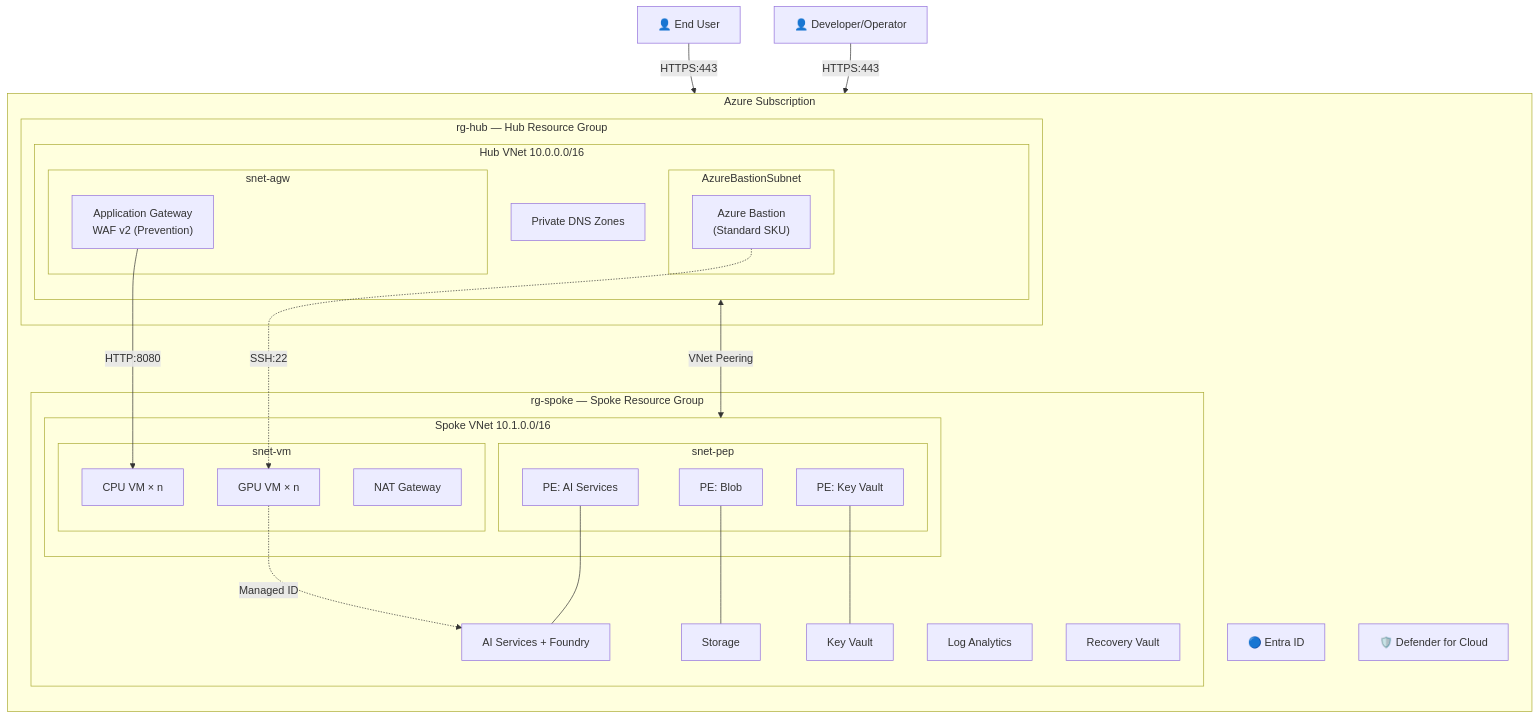
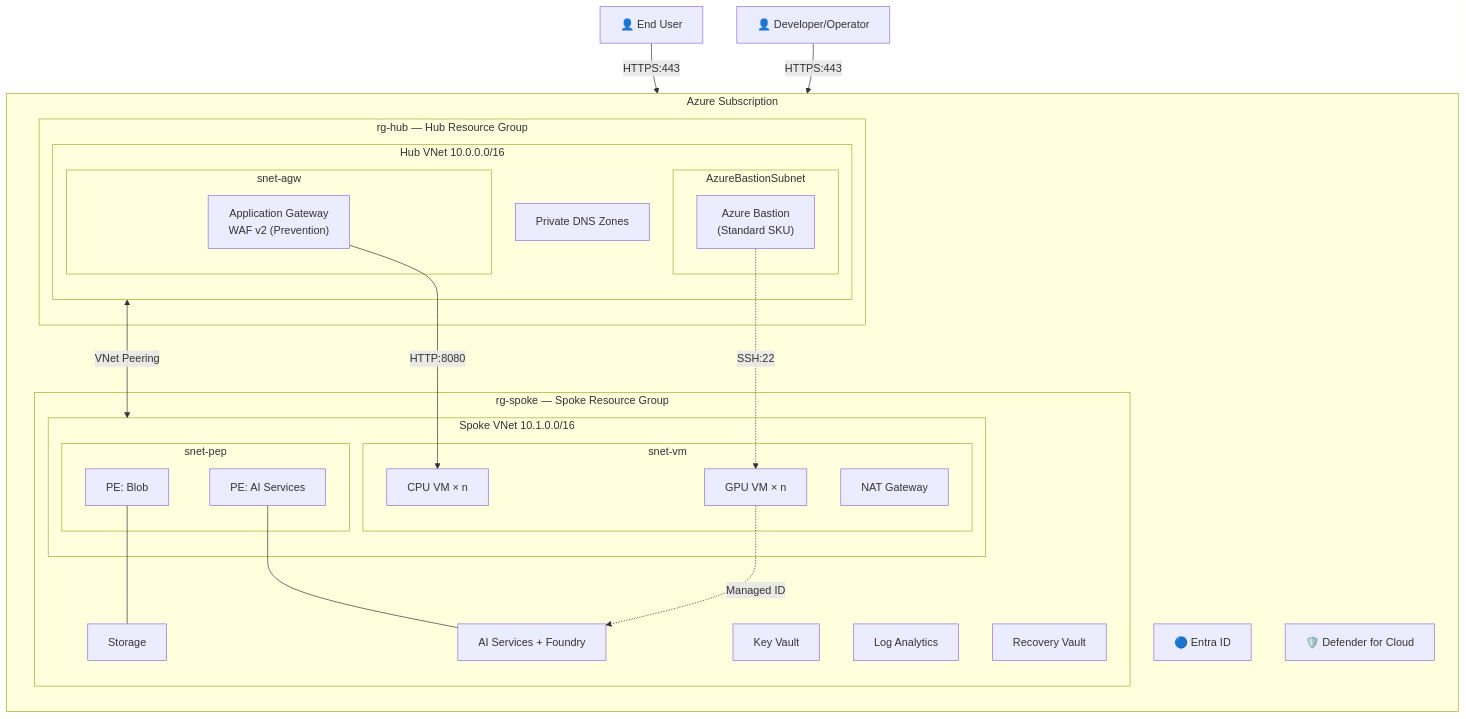
One commit to naoki1213mj/azure-simple-poc-bicep changed the diagram in README.en.md. Above: the diagram before and after it, drawn with Mermaid. The commit also changed other lines of this file and 16 other files, not shown here.

````diff
--- a/README.en.md
+++ b/README.en.md
@@ -58,51 +58,49 @@
 ```mermaid
 graph TB
     subgraph sub["Azure Subscription"]
         direction TB
         EntraID["🔵 Entra ID"]
         Defender["🛡️ Defender for Cloud"]
 
         subgraph hubRG["rg-hub — Hub Resource Group"]
             subgraph hubVNet["Hub VNet 10.0.0.0/16"]
                 subgraph bastionSN["AzureBastionSubnet"]
                     Bastion["Azure Bastion\n(Standard SKU)"]
                 end
                 subgraph agwSN["snet-agw"]
                     AGW["Application Gateway\nWAF v2 (Prevention)"]
                 end
                 PDZ["Private DNS Zones"]
             end
         end
 
         hubVNet <-->|"VNet Peering"| spokeVNet
 
         subgraph spokeRG["rg-spoke — Spoke Resource Group"]
             subgraph spokeVNet["Spoke VNet 10.1.0.0/16"]
                 subgraph vmSN["snet-vm"]
                     GPU["GPU VM × n"]
                     CPU["CPU VM × n"]
                     NAT["NAT Gateway"]
                 end
                 subgraph pepSN["snet-pep"]
                     PE_Blob["PE: Blob"]
                     PE_AIS["PE: AI Services"]
-                    PE_KV["PE: Key Vault"]
                 end
             end
             Storage["Storage"]
             AIS["AI Services + Foundry"]
             KV["Key Vault"]
             LogAnalytics["Log Analytics"]
             RecoveryVault["Recovery Vault"]
         end
     end
 
     User["👤 End User"] -->|"HTTPS:443"| AGW
     Operator["👤 Developer/Operator"] -->|"HTTPS:443"| Bastion
     AGW -->|"HTTP:8080"| CPU
     Bastion -.->|"SSH:22"| GPU
     GPU -.->|"Managed ID"| AIS
     PE_Blob --- Storage
     PE_AIS --- AIS
-    PE_KV --- KV
 ```
````
